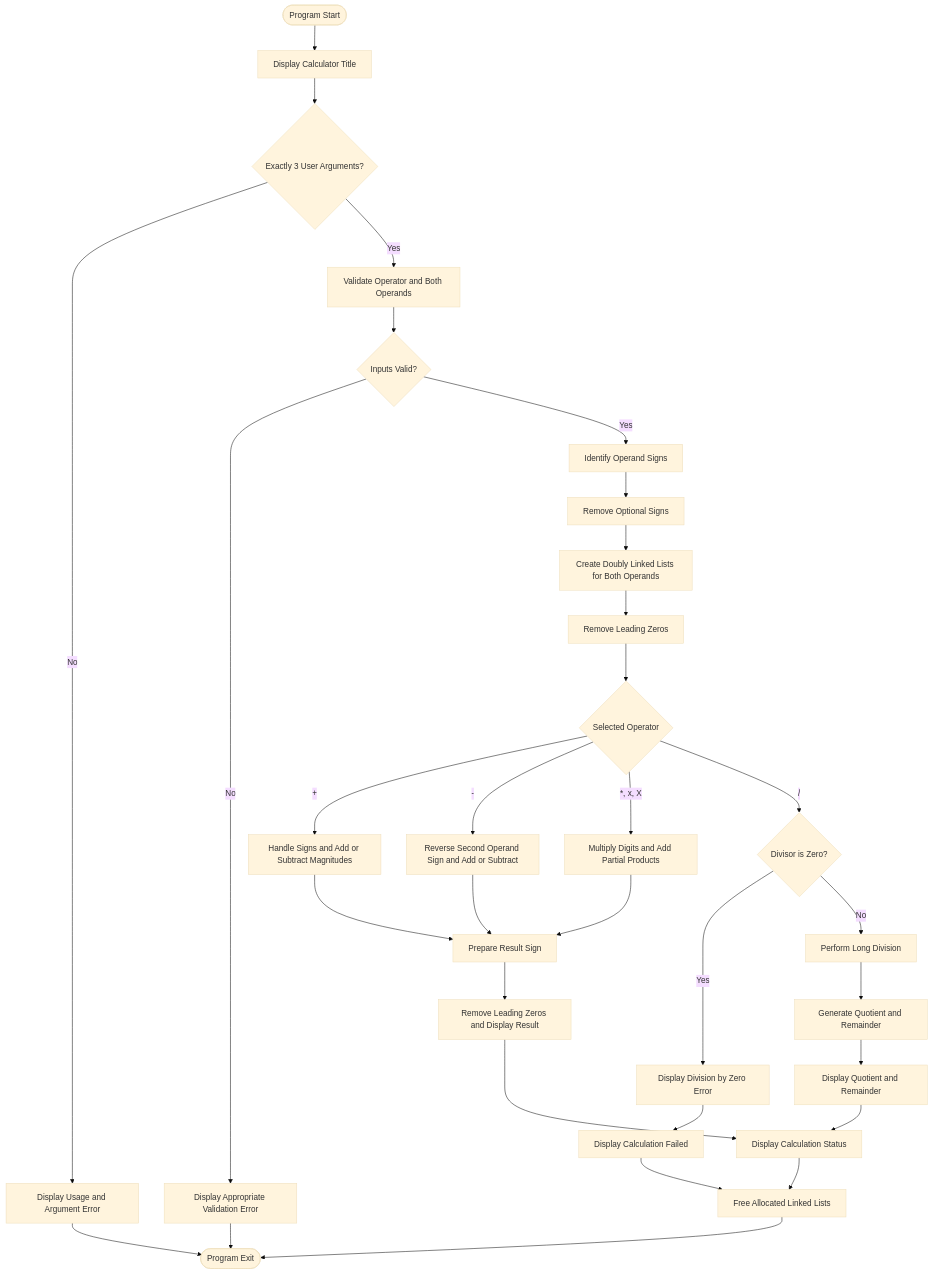
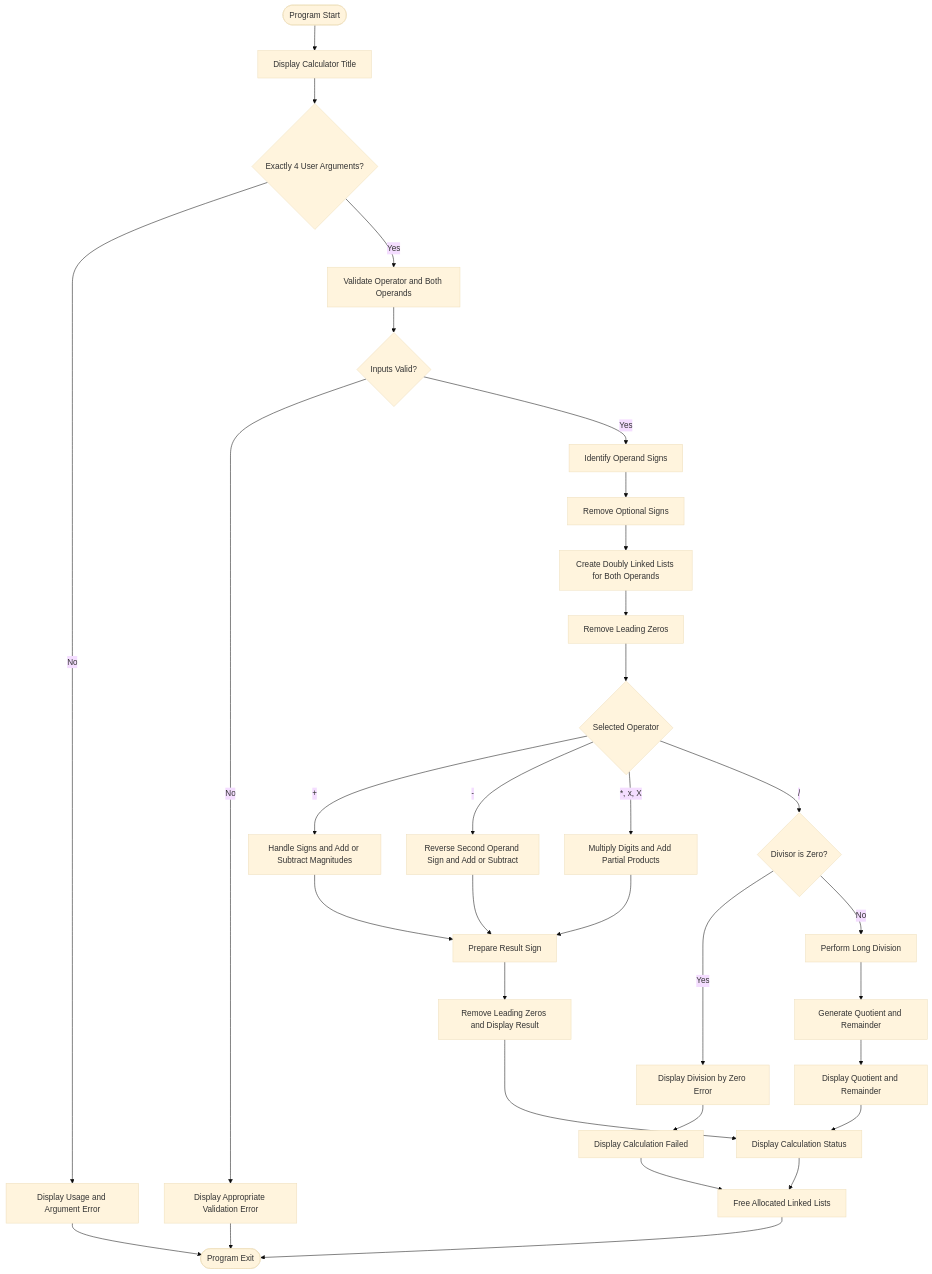
The diagram in README.md (naveenkumar-kammar/Arbitrary-Precision-Calculator), drawn with Mermaid (base theme) before and after one commit.

Commit message:
Add README file

````diff
--- a/README.md
+++ b/README.md
@@ -107,37 +107,37 @@
 ```mermaid
 flowchart TD
     A([Program Start]) --> B[Display Calculator Title]
-    B --> C{Exactly 3 User Arguments?}
+    B --> C{Exactly 4 User Arguments?}
     C -->|No| D[Display Usage and Argument Error]
     D --> Z([Program Exit])
     C -->|Yes| E[Validate Operator and Both Operands]
     E --> F{Inputs Valid?}
     F -->|No| G[Display Appropriate Validation Error]
     G --> Z
     F -->|Yes| H[Identify Operand Signs]
     H --> I[Remove Optional Signs]
     I --> J[Create Doubly Linked Lists for Both Operands]
     J --> K[Remove Leading Zeros]
     K --> L{Selected Operator}
 
     L -->|+| M[Handle Signs and Add or Subtract Magnitudes]
     L -->|-| N[Reverse Second Operand Sign and Add or Subtract]
     L -->|*, x, X| O[Multiply Digits and Add Partial Products]
     L -->|/| P{Divisor is Zero?}
 
     P -->|Yes| Q[Display Division by Zero Error]
     Q --> Y[Display Calculation Failed]
     P -->|No| R[Perform Long Division]
     R --> S[Generate Quotient and Remainder]
 
     M --> T[Prepare Result Sign]
     N --> T
     O --> T
     S --> U[Display Quotient and Remainder]
     T --> V[Remove Leading Zeros and Display Result]
     V --> W[Display Calculation Status]
     U --> W
     Y --> X[Free Allocated Linked Lists]
     W --> X
     X --> Z
 ```
````
